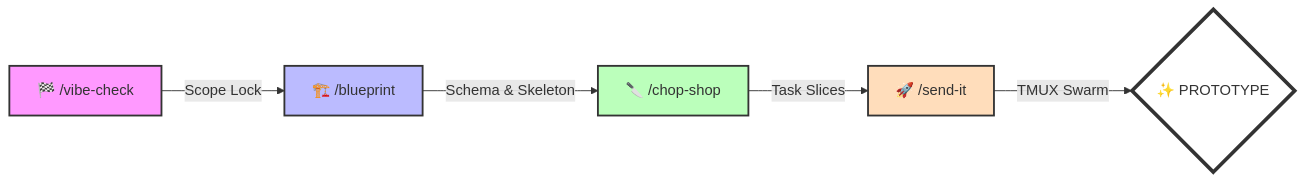
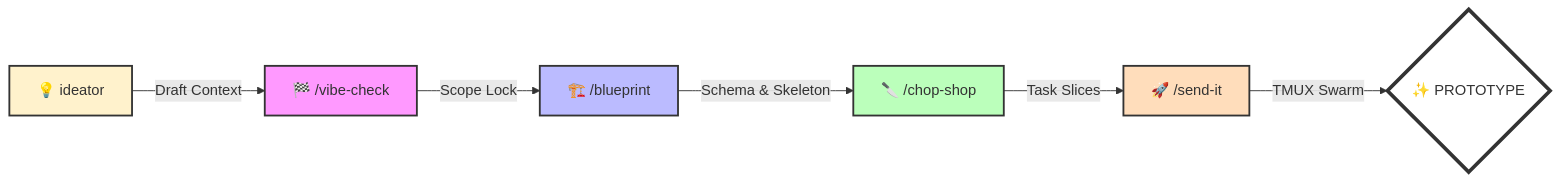
One commit to sapientcoffee/vibe-games changed the second of 2 diagrams in README.md. Above: the diagram before and after it, drawn with Mermaid. The commit also changed other lines of this file and 8 other files, not shown here.

````diff
--- a/README.md
+++ b/README.md
@@ -39,12 +41,14 @@
 ```mermaid
 graph LR
-    A[🏁 /vibe-check] -->|Scope Lock| B[🏗️ /blueprint]
+    Pre[💡 ideator] -->|Draft Context| A[🏁 /vibe-check]
+    A -->|Scope Lock| B[🏗️ /blueprint]
     B -->|Schema & Skeleton| C[🔪 /chop-shop]
     C -->|Task Slices| D[🚀 /send-it]
     D -->|TMUX Swarm| E{✨ PROTOTYPE}
+    style Pre fill:#fff2cc,stroke:#333,stroke-width:2px
     style A fill:#f9f,stroke:#333,stroke-width:2px
     style B fill:#bbf,stroke:#333,stroke-width:2px
     style C fill:#bfb,stroke:#333,stroke-width:2px
     style D fill:#fdb,stroke:#333,stroke-width:2px
     style E fill:#fff,stroke:#333,stroke-width:4px
 ```
````
